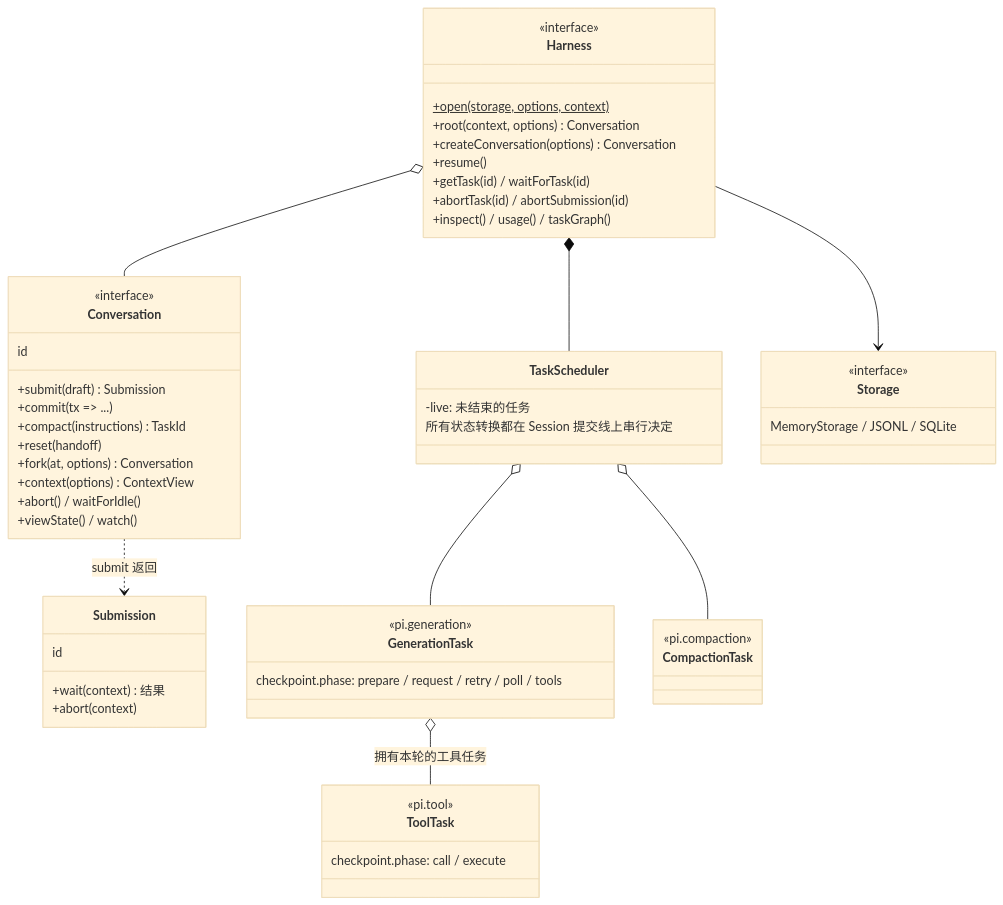
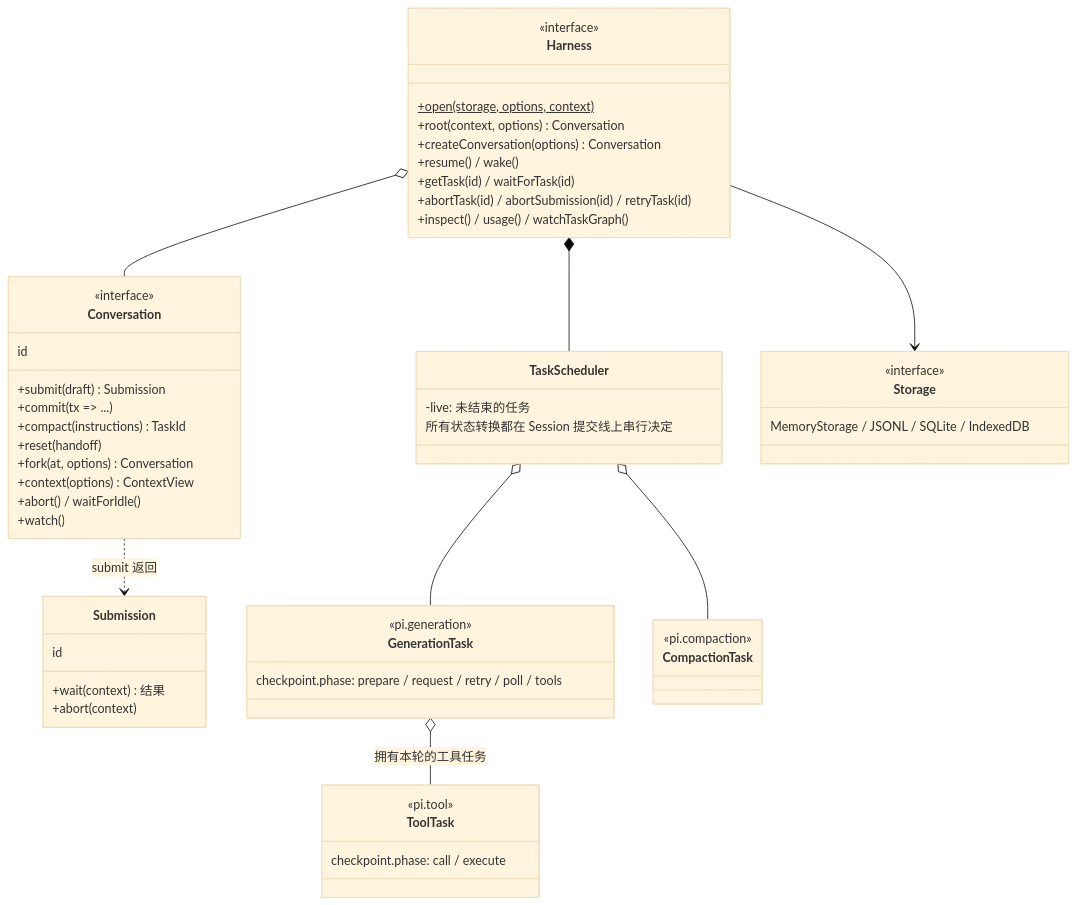
One commit to nickqiaoo/nickqiaoo.github.io changed diagram 17 of 19 in src/content/post/agents-pi-mono/index.md. Above: the diagram before and after it, drawn with Mermaid (base theme). The commit also changed other lines of this file and 3 other files, not shown here.

````diff
--- a/src/content/post/agents-pi-mono/index.md
+++ b/src/content/post/agents-pi-mono/index.md
@@ -1896,56 +1900,56 @@
 ```mermaid
 classDiagram
   class Harness {
     <<interface>>
     +open(storage, options, context)$
     +root(context, options) Conversation
     +createConversation(options) Conversation
-    +resume()
+    +resume() / wake()
     +getTask(id) / waitForTask(id)
-    +abortTask(id) / abortSubmission(id)
-    +inspect() / usage() / taskGraph()
+    +abortTask(id) / abortSubmission(id) / retryTask(id)
+    +inspect() / usage() / watchTaskGraph()
   }
   class Conversation {
     <<interface>>
     id
     +submit(draft) Submission
     +commit(tx => ...)
     +compact(instructions) TaskId
     +reset(handoff)
     +fork(at, options) Conversation
     +context(options) ContextView
     +abort() / waitForIdle()
-    +viewState() / watch()
+    +watch()
   }
   class Submission {
     id
     +wait(context) 结果
     +abort(context)
   }
   class TaskScheduler {
     -live: 未结束的任务
     所有状态转换都在 Session 提交线上串行决定
   }
   class GenerationTask {
     <<pi.generation>>
     checkpoint.phase: prepare / request / retry / poll / tools
   }
   class ToolTask {
     <<pi.tool>>
     checkpoint.phase: call / execute
   }
   class CompactionTask {
     <<pi.compaction>>
   }
   class Storage {
     <<interface>>
-    MemoryStorage / JSONL / SQLite
+    MemoryStorage / JSONL / SQLite / IndexedDB
   }
   Harness o-- Conversation
   Harness *-- TaskScheduler
   Harness --> Storage
   Conversation ..> Submission : submit 返回
   TaskScheduler o-- GenerationTask
   GenerationTask o-- ToolTask : 拥有本轮的工具任务
   TaskScheduler o-- CompactionTask
 ```
````
